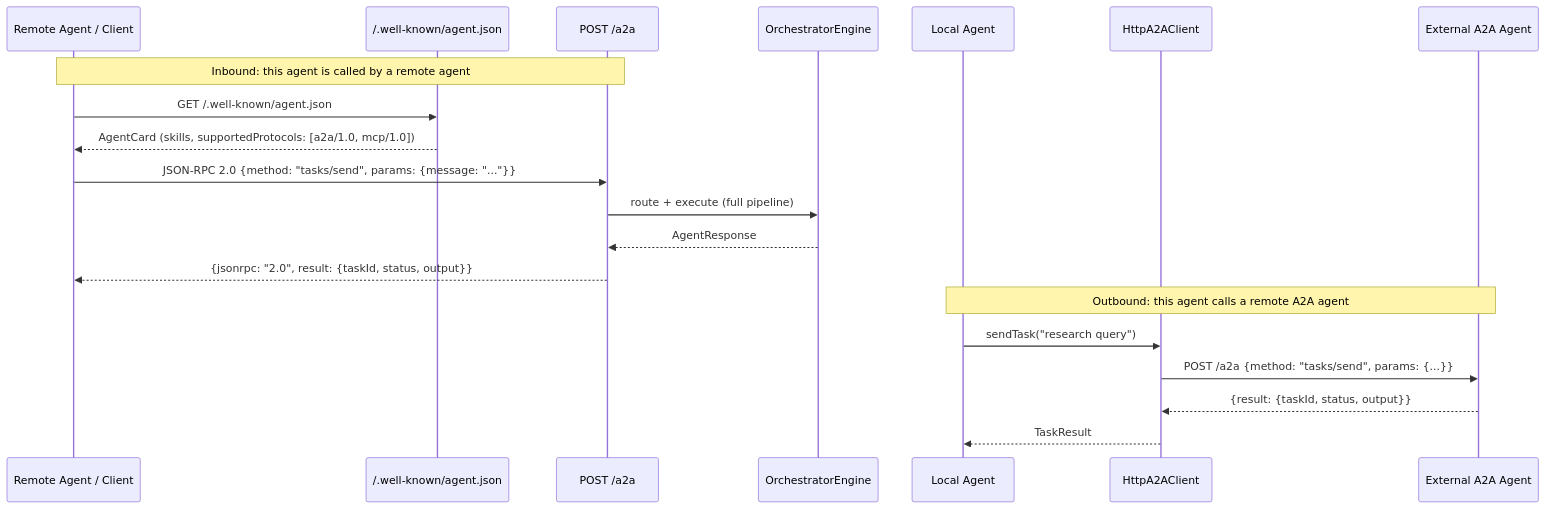
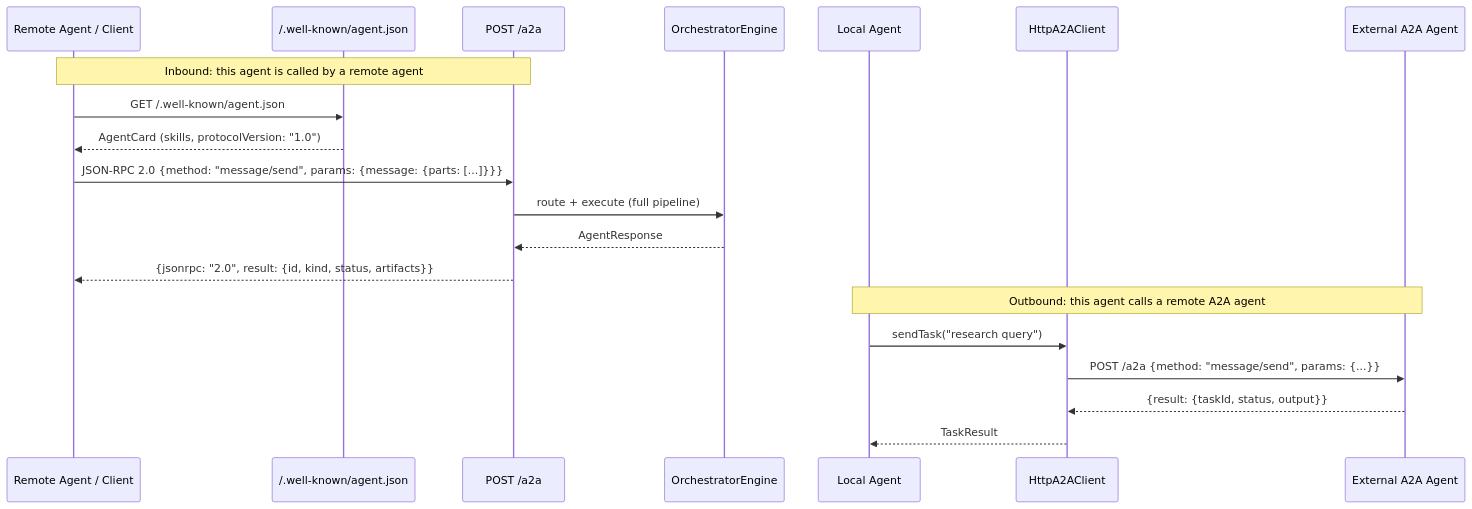
One commit to GiskardB/gargantua changed the ninth of 9 diagrams in docs/architecture-diagrams.md. Above: the diagram before and after it, drawn with Mermaid. The commit also changed 6 other files, not shown here.

````diff
--- a/docs/architecture-diagrams.md
+++ b/docs/architecture-diagrams.md
@@ -349,27 +349,27 @@
 ```mermaid
 sequenceDiagram
     participant Remote as Remote Agent / Client
     participant WK as /.well-known/agent.json
     participant A2A as POST /a2a
     participant Engine as OrchestratorEngine
     participant Local as Local Agent
     participant HttpClient as HttpA2AClient
     participant ExtAgent as External A2A Agent
 
     Note over Remote,A2A: Inbound: this agent is called by a remote agent
 
     Remote->>WK: GET /.well-known/agent.json
-    WK-->>Remote: AgentCard (skills, supportedProtocols: [a2a/1.0, mcp/1.0])
+    WK-->>Remote: AgentCard (skills, protocolVersion: "1.0")
 
-    Remote->>A2A: JSON-RPC 2.0 {method: "tasks/send", params: {message: "..."}}
+    Remote->>A2A: JSON-RPC 2.0 {method: "message/send", params: {message: {parts: [...]}}}
     A2A->>Engine: route + execute (full pipeline)
     Engine-->>A2A: AgentResponse
-    A2A-->>Remote: {jsonrpc: "2.0", result: {taskId, status, output}}
+    A2A-->>Remote: {jsonrpc: "2.0", result: {id, kind, status, artifacts}}
 
     Note over Local,ExtAgent: Outbound: this agent calls a remote A2A agent
 
     Local->>HttpClient: sendTask("research query")
-    HttpClient->>ExtAgent: POST /a2a {method: "tasks/send", params: {...}}
+    HttpClient->>ExtAgent: POST /a2a {method: "message/send", params: {...}}
     ExtAgent-->>HttpClient: {result: {taskId, status, output}}
     HttpClient-->>Local: TaskResult
 ```
````
